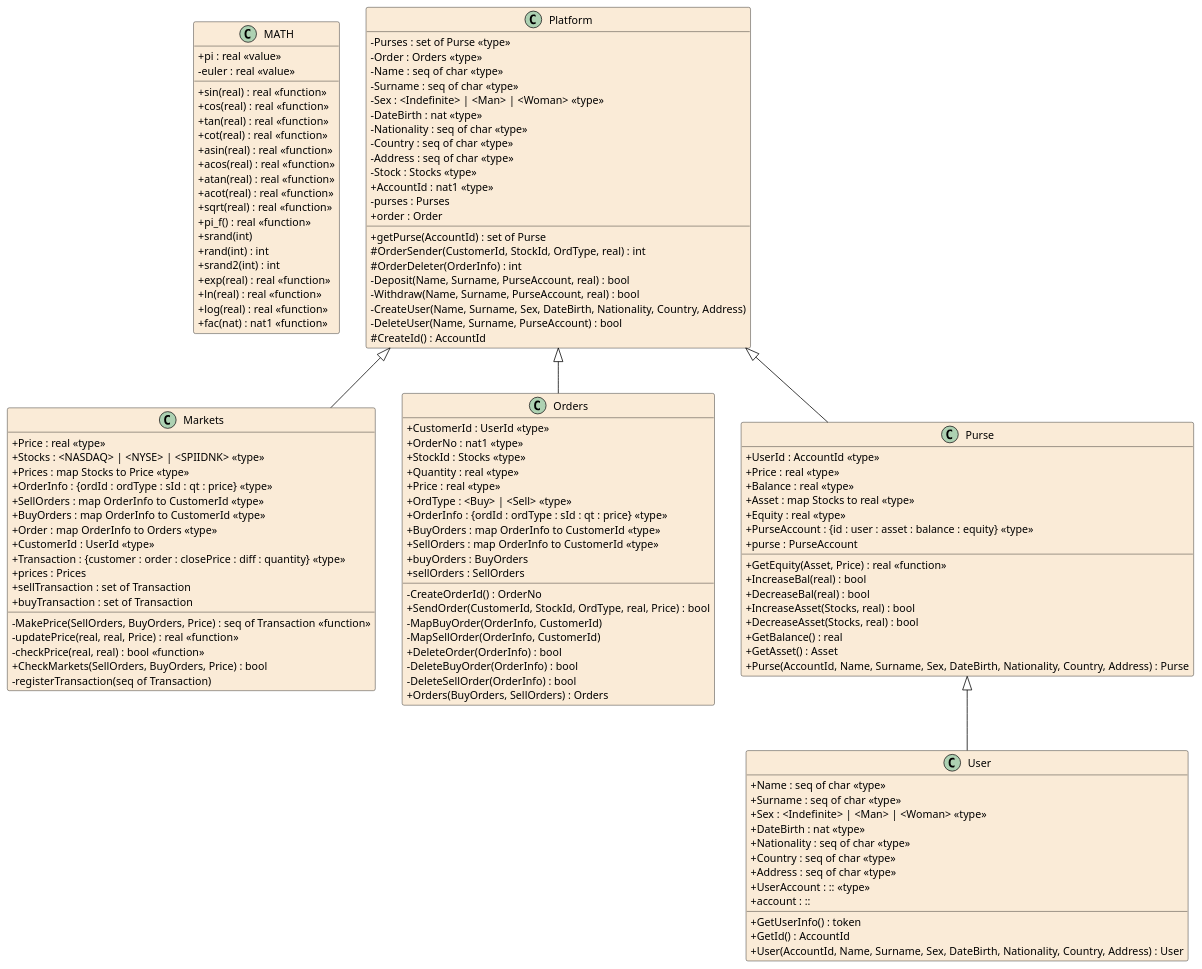
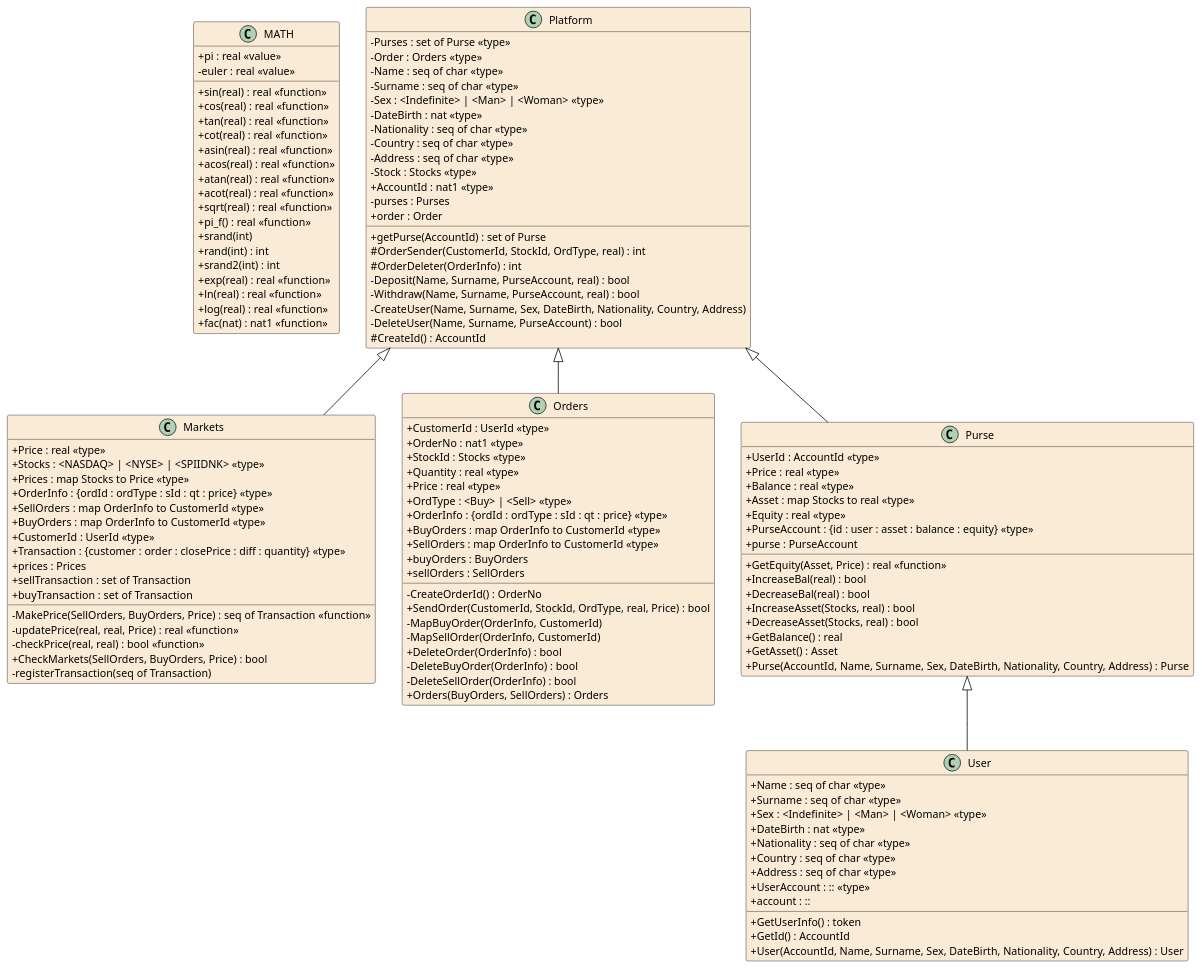
The diagram in .generated/vdm2uml/Assignment.puml (Zernez/MCS_Trading_Platform), drawn with PlantUML before and after one commit. The commit also changed 26 other files, not shown here.

```diff
--- a/.generated/vdm2uml/Assignment.puml
+++ b/.generated/vdm2uml/Assignment.puml
@@ -1,147 +1,146 @@
 @startuml Assignment
 
 hide empty members
 skinparam Shadowing false
 skinparam classAttributeIconSize 0
 skinparam ClassBorderThickness 0.5
 skinparam groupInheritance 5
 skinparam class {
 	BackgroundColor AntiqueWhite
 	ArrowColor Black
 	BorderColor Black
 }
 skinparam defaultTextAlignment center
 
 class MATH
 {
 	+sin(real) : real <<function>>
 	+cos(real) : real <<function>>
 	+tan(real) : real <<function>>
 	+cot(real) : real <<function>>
 	+asin(real) : real <<function>>
 	+acos(real) : real <<function>>
 	+atan(real) : real <<function>>
 	+acot(real) : real <<function>>
 	+sqrt(real) : real <<function>>
 	+pi_f() : real <<function>>
 	+srand(int)
 	+rand(int) : int
 	+srand2(int) : int
 	+exp(real) : real <<function>>
 	+ln(real) : real <<function>>
 	+log(real) : real <<function>>
 	+fac(nat) : nat1 <<function>>
 	+pi : real <<value>>
 	-euler : real <<value>>
 }
 
 class Markets
 {
 	+Price : real <<type>>
 	+Stocks : <NASDAQ> | <NYSE> | <SPIIDNK> <<type>>
 	+Prices : map Stocks to Price <<type>>
 	+OrderInfo : {ordId : ordType : sId : qt : price} <<type>>
 	+SellOrders : map OrderInfo to CustomerId <<type>>
 	+BuyOrders : map OrderInfo to CustomerId <<type>>
-	+Order : map OrderInfo to Orders <<type>>
 	+CustomerId : UserId <<type>>
 	+Transaction : {customer : order : closePrice : diff : quantity} <<type>>
 	+prices : Prices
 	+sellTransaction : set of Transaction
 	+buyTransaction : set of Transaction
 	-MakePrice(SellOrders, BuyOrders, Price) : seq of Transaction <<function>>
 	-updatePrice(real, real, Price) : real <<function>>
 	-checkPrice(real, real) : bool <<function>>
 	+CheckMarkets(SellOrders, BuyOrders, Price) : bool
 	-registerTransaction(seq of Transaction)
 }
 
 class Orders
 {
 	+CustomerId : UserId <<type>>
 	+OrderNo : nat1 <<type>>
 	+StockId : Stocks <<type>>
 	+Quantity : real <<type>>
 	+Price : real <<type>>
 	+OrdType : <Buy> | <Sell> <<type>>
 	+OrderInfo : {ordId : ordType : sId : qt : price} <<type>>
 	+BuyOrders : map OrderInfo to CustomerId <<type>>
 	+SellOrders : map OrderInfo to CustomerId <<type>>
 	+buyOrders : BuyOrders
 	+sellOrders : SellOrders
 	-CreateOrderId() : OrderNo
 	+SendOrder(CustomerId, StockId, OrdType, real, Price) : bool
 	-MapBuyOrder(OrderInfo, CustomerId)
 	-MapSellOrder(OrderInfo, CustomerId)
 	+DeleteOrder(OrderInfo) : bool
 	-DeleteBuyOrder(OrderInfo) : bool
 	-DeleteSellOrder(OrderInfo) : bool
 	+Orders(BuyOrders, SellOrders) : Orders
 }
 
 class Platform
 {
 	-Purses : set of Purse <<type>>
 	-Order : Orders <<type>>
 	-Name : seq of char <<type>>
 	-Surname : seq of char <<type>>
 	-Sex : <Indefinite> | <Man> | <Woman> <<type>>
 	-DateBirth : nat <<type>>
 	-Nationality : seq of char <<type>>
 	-Country : seq of char <<type>>
 	-Address : seq of char <<type>>
 	-Stock : Stocks <<type>>
 	+AccountId : nat1 <<type>>
 	-purses : Purses
 	+order : Order
 	+getPurse(AccountId) : set of Purse
 	#OrderSender(CustomerId, StockId, OrdType, real) : int
 	#OrderDeleter(OrderInfo) : int
 	-Deposit(Name, Surname, PurseAccount, real) : bool
 	-Withdraw(Name, Surname, PurseAccount, real) : bool
 	-CreateUser(Name, Surname, Sex, DateBirth, Nationality, Country, Address)
 	-DeleteUser(Name, Surname, PurseAccount) : bool
 	#CreateId() : AccountId
 }
 
 class Purse
 {
 	+UserId : AccountId <<type>>
 	+Price : real <<type>>
 	+Balance : real <<type>>
 	+Asset : map Stocks to real <<type>>
 	+Equity : real <<type>>
 	+PurseAccount : {id : user : asset : balance : equity} <<type>>
 	+purse : PurseAccount
 	+GetEquity(Asset, Price) : real <<function>>
 	+IncreaseBal(real) : bool
 	+DecreaseBal(real) : bool
 	+IncreaseAsset(Stocks, real) : bool
 	+DecreaseAsset(Stocks, real) : bool
 	+GetBalance() : real
 	+GetAsset() : Asset
 	+Purse(AccountId, Name, Surname, Sex, DateBirth, Nationality, Country, Address) : Purse
 }
 
 class User
 {
 	+Name : seq of char <<type>>
 	+Surname : seq of char <<type>>
 	+Sex : <Indefinite> | <Man> | <Woman> <<type>>
 	+DateBirth : nat <<type>>
 	+Nationality : seq of char <<type>>
 	+Country : seq of char <<type>>
 	+Address : seq of char <<type>>
 	+UserAccount : :: <<type>>
 	+account : ::
 	+GetUserInfo() : token
 	+GetId() : AccountId
 	+User(AccountId, Name, Surname, Sex, DateBirth, Nationality, Country, Address) : User
 }
 
 Platform <|-- Markets
 Platform <|-- Orders
 Platform <|-- Purse
 Purse <|-- User
 
 @enduml
```
